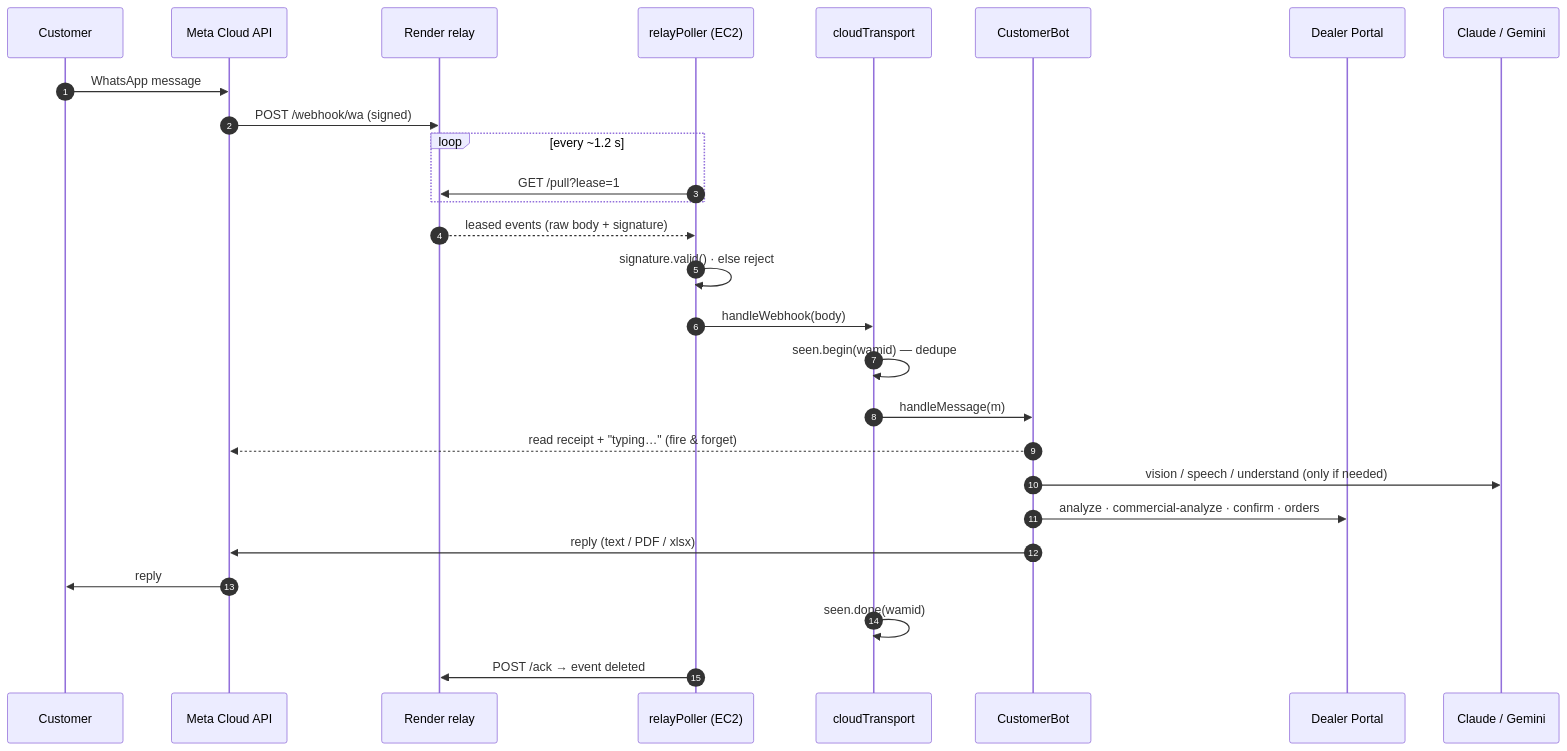
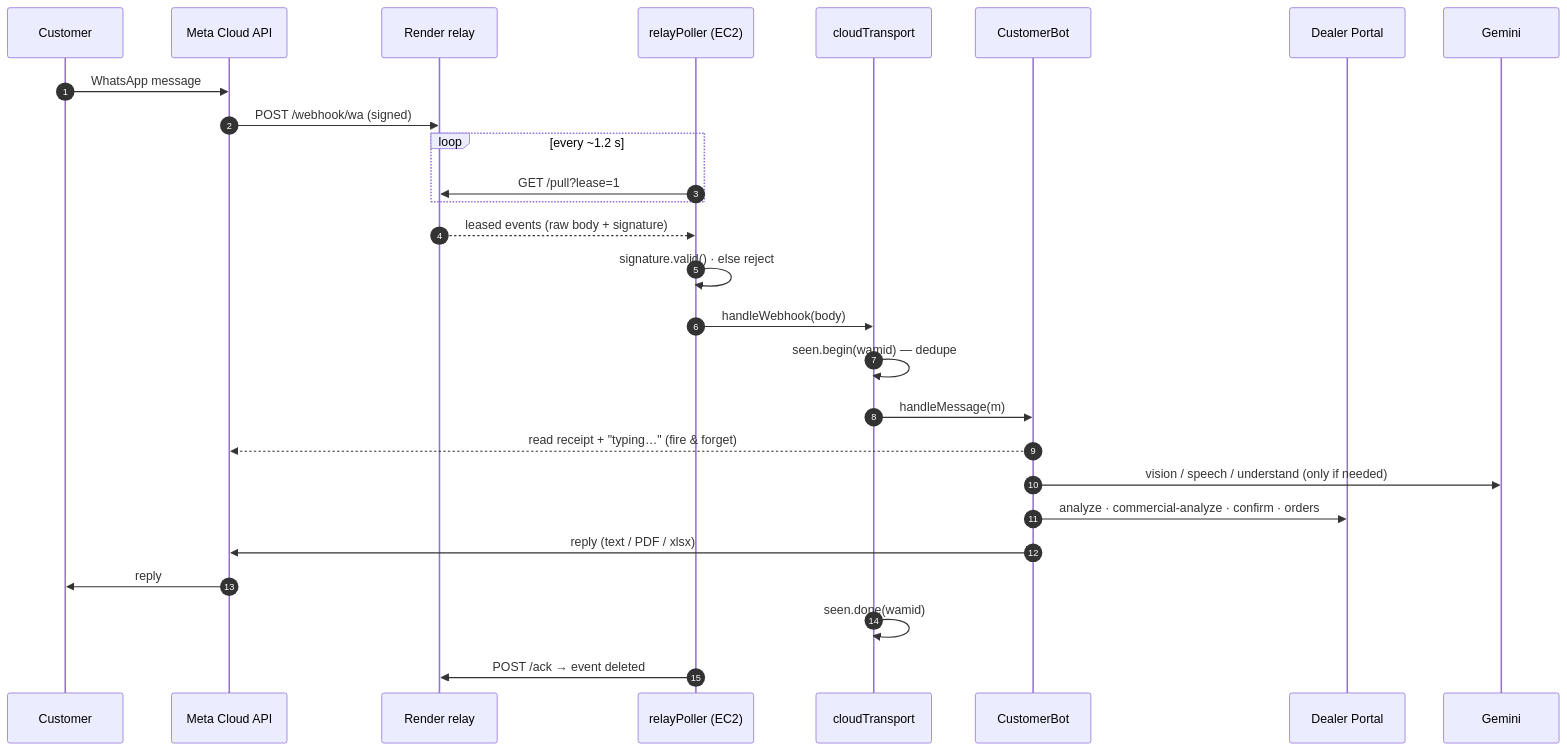
Before and after one commit to interns-arch/Autoflow-main: the third of 10 diagrams in docs/AGENTS_AND_DATA_FLOW.md, drawn with Mermaid. The commit also changed other lines of this file and 26 other files, not shown here.

````diff
--- a/docs/AGENTS_AND_DATA_FLOW.md
+++ b/docs/AGENTS_AND_DATA_FLOW.md
@@ -179,30 +179,30 @@
 ```mermaid
 sequenceDiagram
   autonumber
   participant U as Customer
   participant M as Meta Cloud API
   participant R as Render relay
   participant P as relayPoller (EC2)
   participant T as cloudTransport
   participant B as CustomerBot
   participant DP as Dealer Portal
-  participant AI as Claude / Gemini
+  participant AI as Gemini
 
   U->>M: WhatsApp message
   M->>R: POST /webhook/wa (signed)
   loop every ~1.2 s
     P->>R: GET /pull?lease=1
   end
   R-->>P: leased events (raw body + signature)
   P->>P: signature.valid() · else reject
   P->>T: handleWebhook(body)
   T->>T: seen.begin(wamid) — dedupe
   T->>B: handleMessage(m)
   B-->>M: read receipt + "typing…" (fire & forget)
   B->>AI: vision / speech / understand (only if needed)
   B->>DP: analyze · commercial-analyze · confirm · orders
   B->>M: reply (text / PDF / xlsx)
   M->>U: reply
   T->>T: seen.done(wamid)
   P->>R: POST /ack → event deleted
 ```
````
